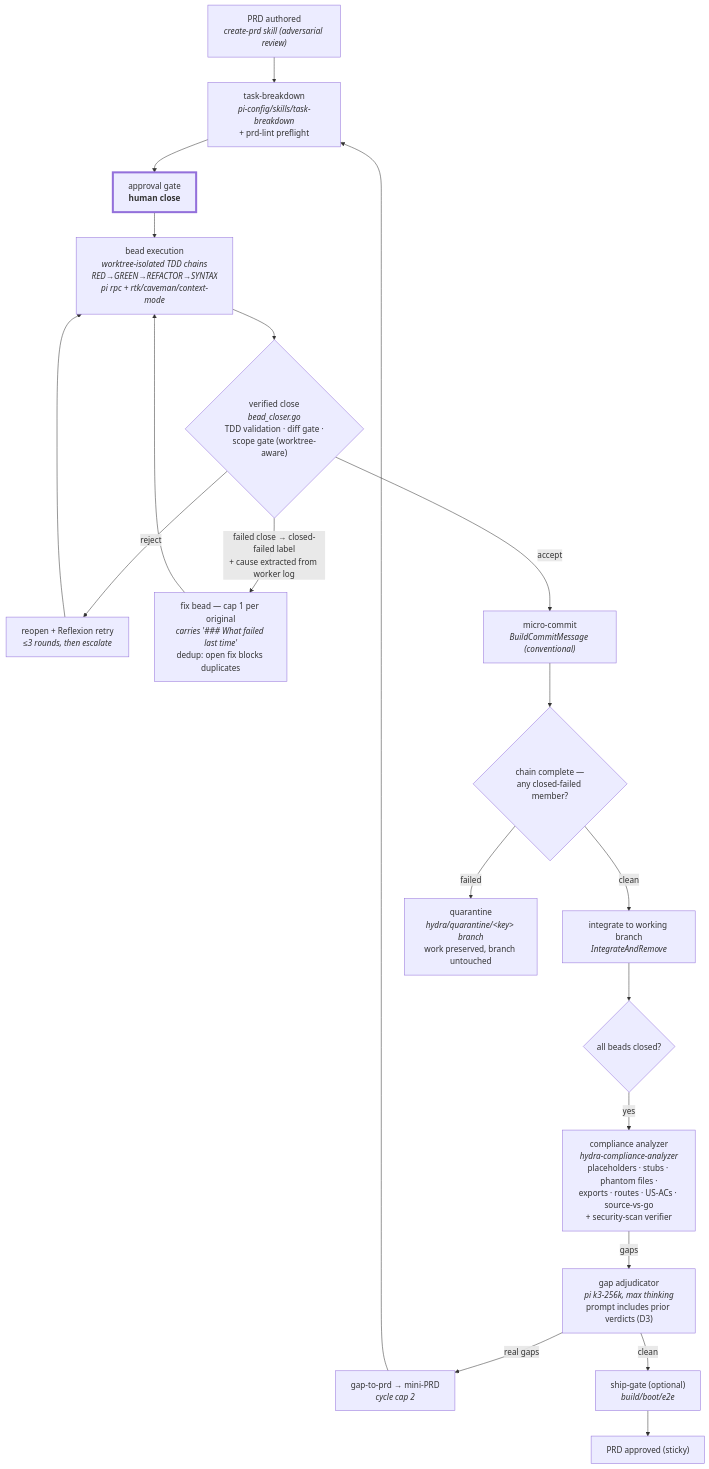
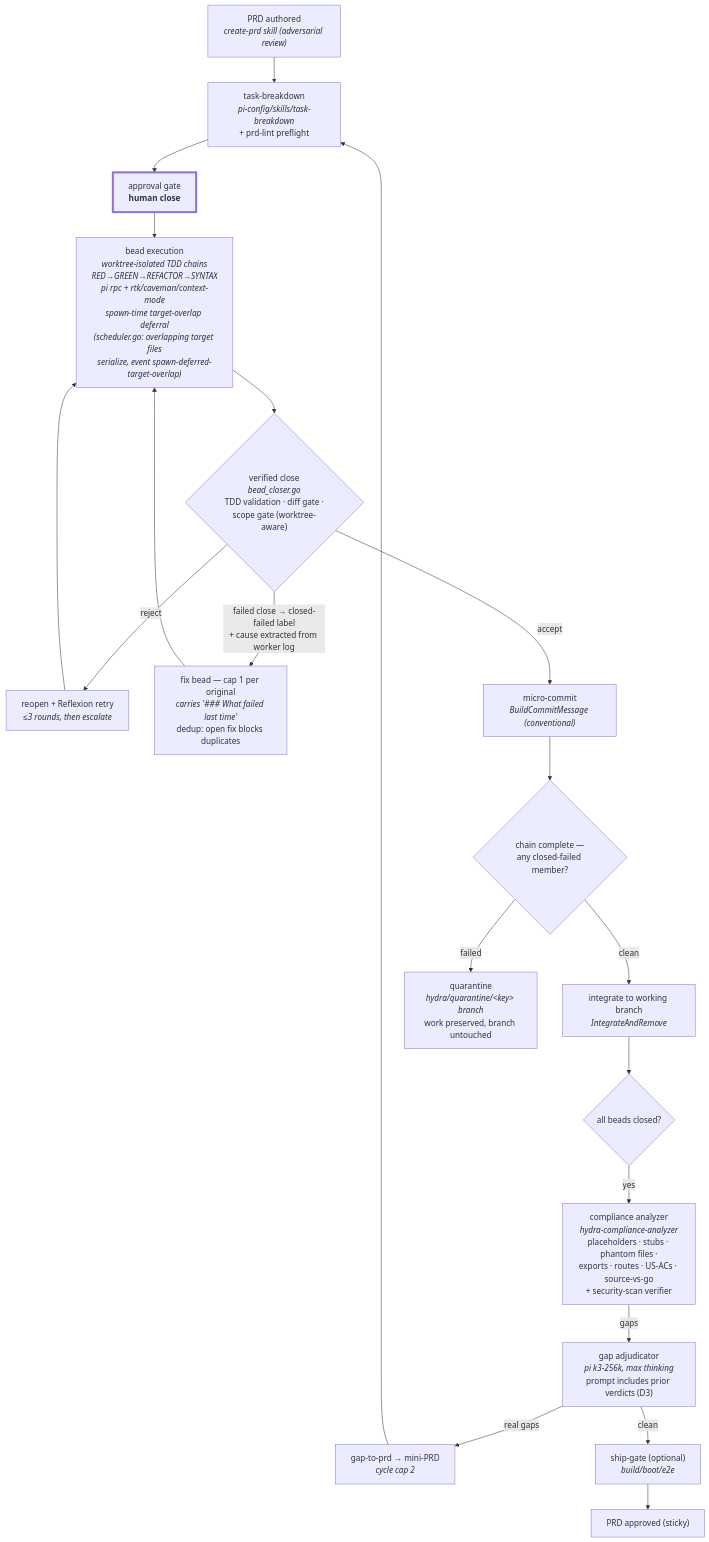
One commit to haulmatic-dev/hindsight-pi changed the first of 3 diagrams in docs/architecture/system-loop.md. Above: the diagram before and after it, drawn with Mermaid. The commit also changed 4 other files, not shown here.

First line of the commit message:
feat(FR-003): target-scope overlap serialization at spawn

````diff
--- a/docs/architecture/system-loop.md
+++ b/docs/architecture/system-loop.md
@@ -22,24 +22,24 @@
 ```mermaid
 flowchart TD
     PRD["PRD authored<br/><i>create-prd skill (adversarial review)</i>"] --> TB["task-breakdown<br/><i>pi-config/skills/task-breakdown</i><br/>+ prd-lint preflight"]
     TB --> GATE["approval gate<br/><b>human close</b>"]
-    GATE --> EXEC["bead execution<br/><i>worktree-isolated TDD chains<br/>RED→GREEN→REFACTOR→SYNTAX<br/>pi rpc + rtk/caveman/context-mode</i>"]
+    GATE --> EXEC["bead execution<br/><i>worktree-isolated TDD chains<br/>RED→GREEN→REFACTOR→SYNTAX<br/>pi rpc + rtk/caveman/context-mode<br/>spawn-time target-overlap deferral<br/>(scheduler.go: overlapping target files<br/>serialize, event spawn-deferred-target-overlap)</i>"]
     EXEC --> GATES{"verified close<br/><i>bead_closer.go</i><br/>TDD validation · diff gate ·<br/>scope gate (worktree-aware)"}
     GATES -->|reject| RETRY["reopen + Reflexion retry<br/><i>≤3 rounds, then escalate</i>"]
     RETRY --> EXEC
     GATES -->|"failed close → closed-failed label<br/>+ cause extracted from worker log"| FIXB["fix bead — cap 1 per original<br/><i>carries '### What failed last time'</i><br/>dedup: open fix blocks duplicates"]
     FIXB --> EXEC
     GATES -->|accept| COMMIT["micro-commit<br/><i>BuildCommitMessage (conventional)</i>"]
     COMMIT --> CHAIN{"chain complete —<br/>any closed-failed member?"}
     CHAIN -->|clean| INTEG["integrate to working branch<br/><i>IntegrateAndRemove</i>"]
     CHAIN -->|failed| QUAR["quarantine<br/><i>hydra/quarantine/&lt;key&gt; branch</i><br/>work preserved, branch untouched"]
     INTEG --> DONE{"all beads closed?"}
     DONE -->|yes| ANALYZER["compliance analyzer<br/><i>hydra-compliance-analyzer</i><br/>placeholders · stubs · phantom files ·<br/>exports · routes · US-ACs · source-vs-go<br/>+ security-scan verifier"]
     ANALYZER -->|gaps| ADJ["gap adjudicator<br/><i>pi k3-256k, max thinking</i><br/>prompt includes prior verdicts (D3)"]
     ADJ -->|real gaps| G2P["gap-to-prd → mini-PRD<br/><i>cycle cap 2</i>"]
     G2P --> TB
     ADJ -->|clean| SHIP["ship-gate (optional)<br/><i>build/boot/e2e</i>"]
     SHIP --> APPROVED["PRD approved (sticky)"]
 
     style GATE stroke-width:4px
 ```
````
